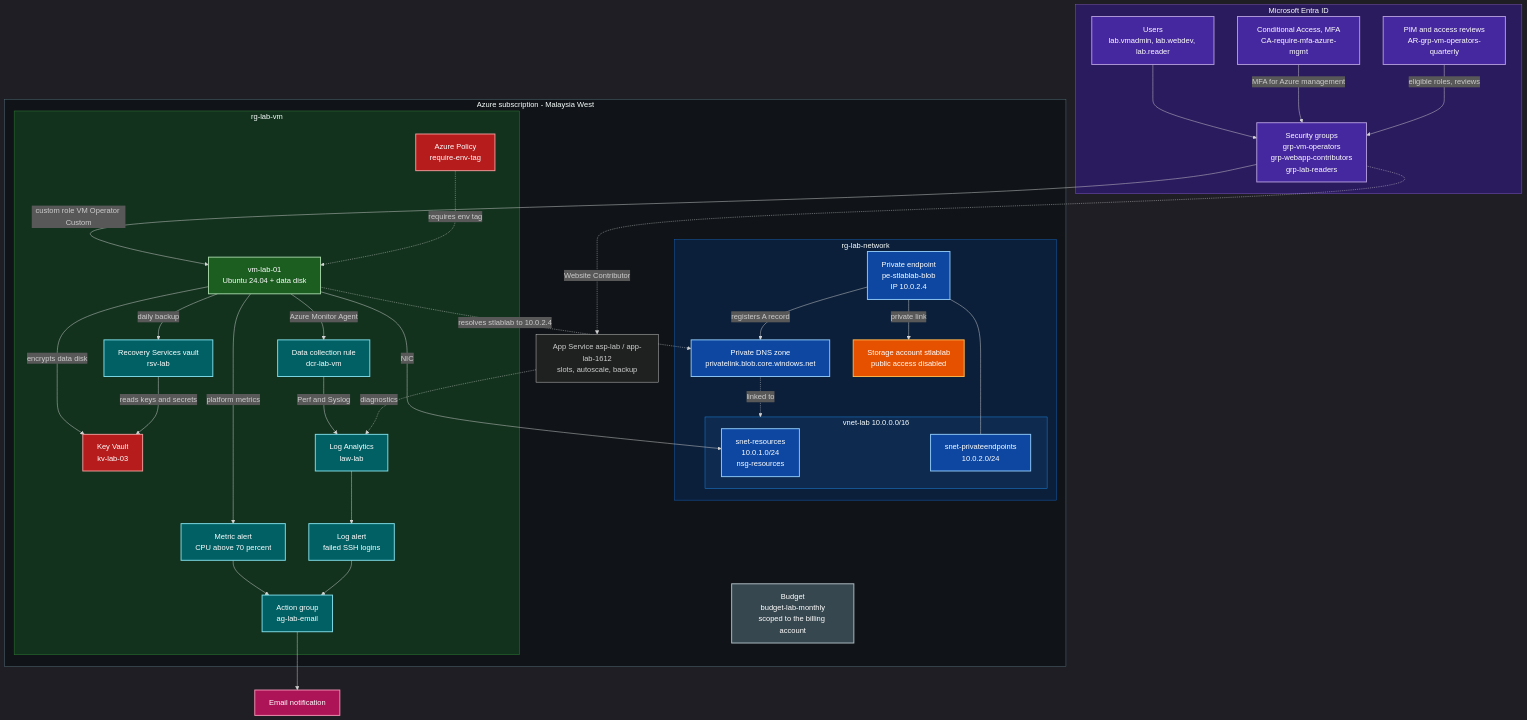
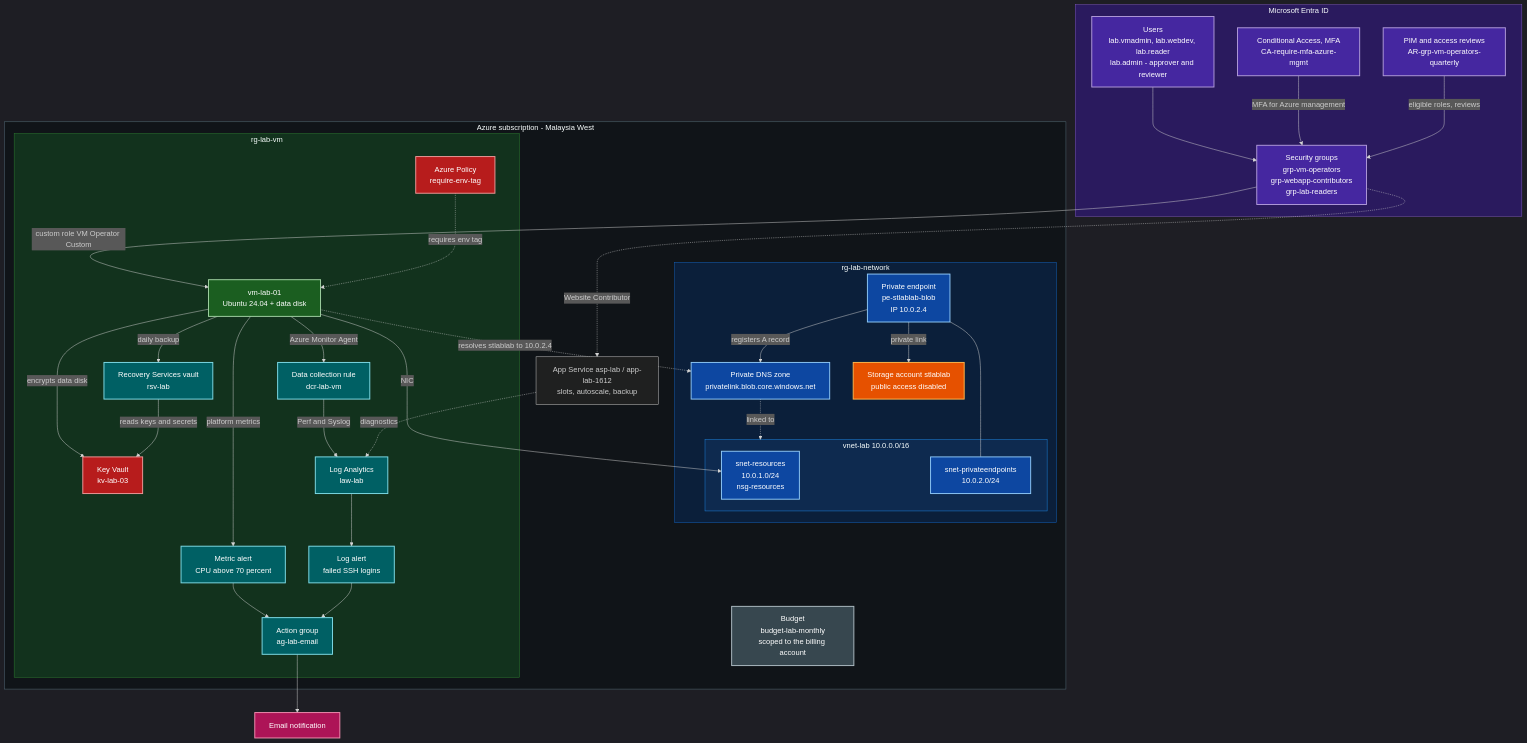
The diagram in README.md (tttaufiqqq/azure-az104-lab), drawn with Mermaid before and after one commit. The commit also changed other lines of this file and 3 other files, not shown here.

```diff
--- a/README.md
+++ b/README.md
@@ -16,7 +16,7 @@
 %%{init: {"theme": "dark"}}%%
 flowchart TB
     subgraph ENTRA["Microsoft Entra ID"]
-        USERS["Users<br/>lab.vmadmin, lab.webdev, lab.reader"]
+        USERS["Users<br/>lab.vmadmin, lab.webdev, lab.reader<br/>lab.admin - approver and reviewer"]
         GROUPS["Security groups<br/>grp-vm-operators<br/>grp-webapp-contributors<br/>grp-lab-readers"]
         CA["Conditional Access, MFA<br/>CA-require-mfa-azure-mgmt"]
         PIM["PIM and access reviews<br/>AR-grp-vm-operators-quarterly"]
```
